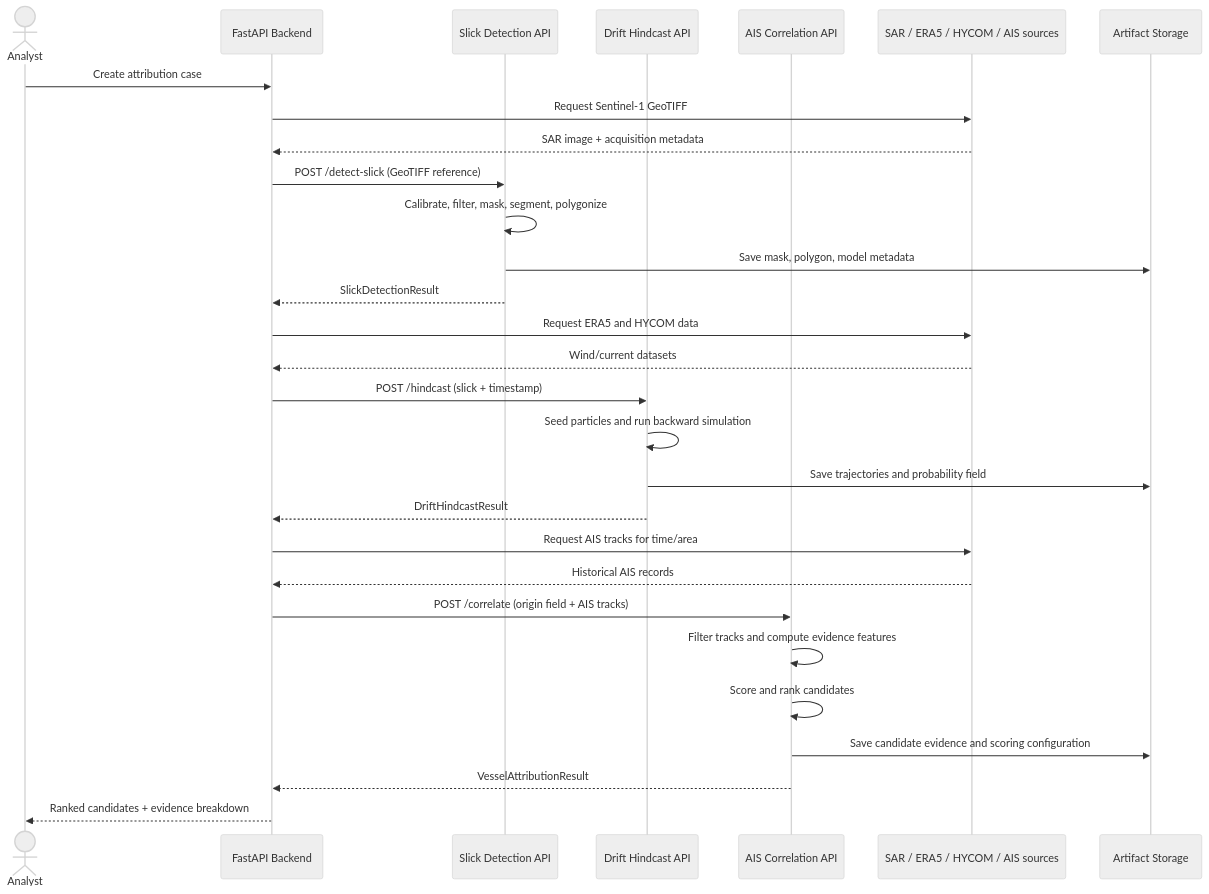
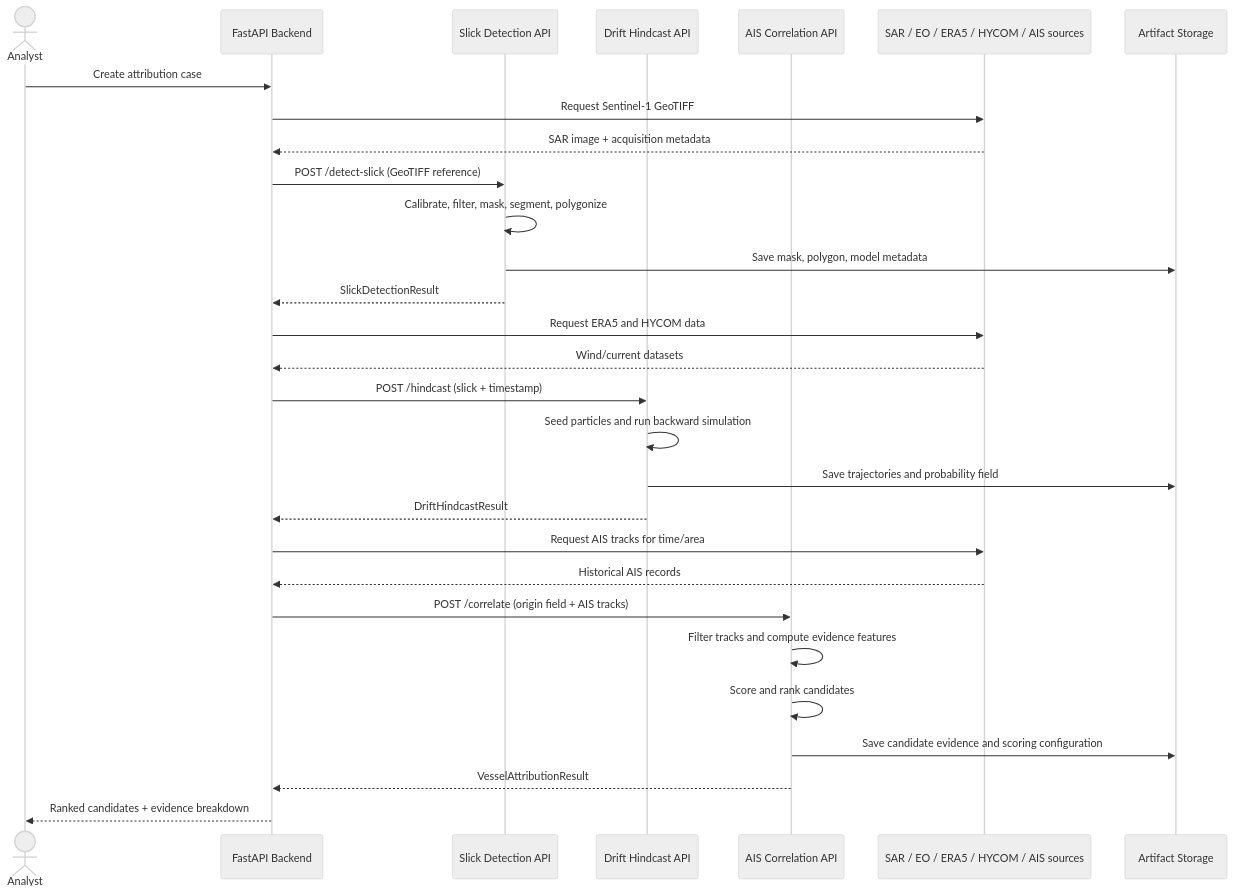
Before and after one commit to ankushkumar14092-dot/sih-architecture: the fourth of 25 diagrams in ai-ml-maritime-oil-spill-architecture.md, drawn with Mermaid (neutral theme). The commit also changed other lines of this file and 1 other file, not shown here.

Commit message:
Align architecture with SIH26143 requirements

````diff
--- a/ai-ml-maritime-oil-spill-architecture.md
+++ b/ai-ml-maritime-oil-spill-architecture.md
@@ -189,34 +199,34 @@
 ```mermaid
 sequenceDiagram
     actor Analyst
     participant Backend as FastAPI Backend
     participant Detect as Slick Detection API
     participant Hindcast as Drift Hindcast API
     participant Correlate as AIS Correlation API
-    participant Sources as SAR / ERA5 / HYCOM / AIS sources
+    participant Sources as SAR / EO / ERA5 / HYCOM / AIS sources
     participant Store as Artifact Storage
 
     Analyst->>Backend: Create attribution case
     Backend->>Sources: Request Sentinel-1 GeoTIFF
     Sources-->>Backend: SAR image + acquisition metadata
     Backend->>Detect: POST /detect-slick (GeoTIFF reference)
     Detect->>Detect: Calibrate, filter, mask, segment, polygonize
     Detect->>Store: Save mask, polygon, model metadata
     Detect-->>Backend: SlickDetectionResult
 
     Backend->>Sources: Request ERA5 and HYCOM data
     Sources-->>Backend: Wind/current datasets
     Backend->>Hindcast: POST /hindcast (slick + timestamp)
     Hindcast->>Hindcast: Seed particles and run backward simulation
     Hindcast->>Store: Save trajectories and probability field
     Hindcast-->>Backend: DriftHindcastResult
 
     Backend->>Sources: Request AIS tracks for time/area
     Sources-->>Backend: Historical AIS records
     Backend->>Correlate: POST /correlate (origin field + AIS tracks)
     Correlate->>Correlate: Filter tracks and compute evidence features
     Correlate->>Correlate: Score and rank candidates
     Correlate->>Store: Save candidate evidence and scoring configuration
     Correlate-->>Backend: VesselAttributionResult
     Backend-->>Analyst: Ranked candidates + evidence breakdown
 ```
````
